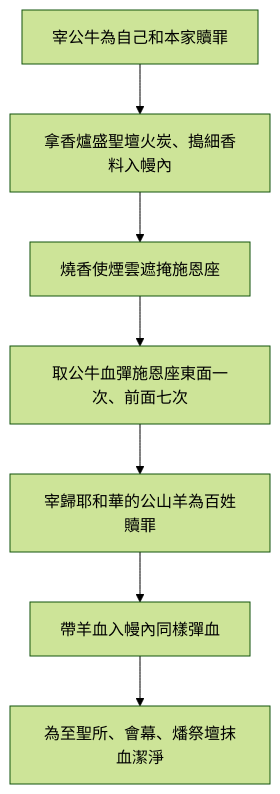
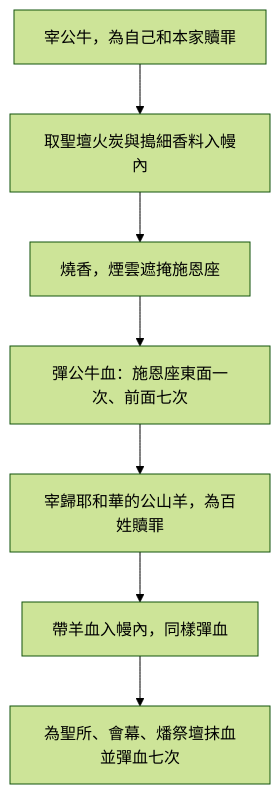
The diagram in content/03 利未記/第16章.md (andyjr5566/Bible_wiki_zh_website), drawn with Mermaid (forest theme) before and after one commit. The commit also changed other lines of this file and 517 other files, not shown here.

````diff
--- a/content/03 利未記/第16章.md
+++ b/content/03 利未記/第16章.md
@@ -105,9 +125,9 @@
 ```mermaid
 flowchart TD
-  A[宰公牛為自己和本家贖罪] --> B[拿香爐盛聖壇火炭、搗細香料入幔內]
-  B --> C[燒香使煙雲遮掩施恩座]
-  C --> D[取公牛血彈施恩座東面一次、前面七次]
-  D --> E[宰歸耶和華的公山羊為百姓贖罪]
-  E --> F[帶羊血入幔內同樣彈血]
-  F --> G[為至聖所、會幕、燔祭壇抹血潔淨]
+  A["宰公牛，為自己和本家贖罪"] --> B["取聖壇火炭與搗細香料入幔內"]
+  B --> C["燒香，煙雲遮掩施恩座"]
+  C --> D["彈公牛血：施恩座東面一次、前面七次"]
+  D --> E["宰歸耶和華的公山羊，為百姓贖罪"]
+  E --> F["帶羊血入幔內，同樣彈血"]
+  F --> G["為聖所、會幕、燔祭壇抹血並彈血七次"]
 ```
````
